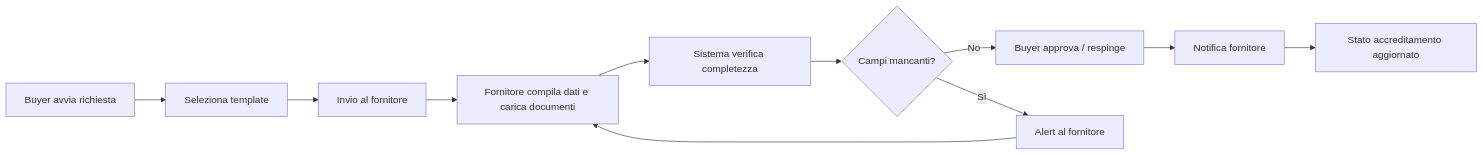
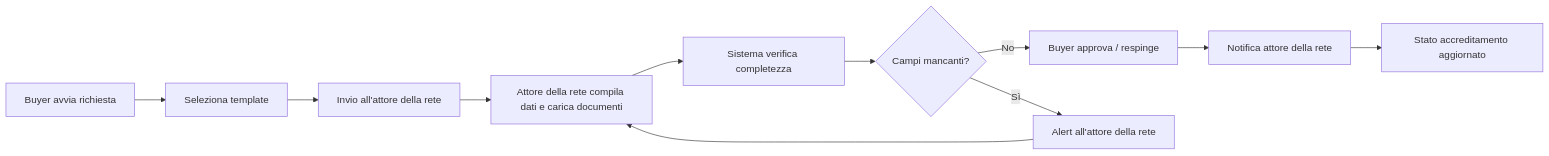
One commit to marcocastellani/supplerPortal changed the first of 4 diagrams in docs/02 - Diagrammi_Flussi_Gestione_Fornitori.md. Above: the diagram before and after it, drawn with Mermaid. The commit also changed other lines of this file and 4 other files, not shown here.

````diff
--- a/docs/02 - Diagrammi_Flussi_Gestione_Fornitori.md
+++ b/docs/02 - Diagrammi_Flussi_Gestione_Fornitori.md
@@ -6,13 +6,13 @@
 ```mermaid
 flowchart LR
     A[Buyer avvia richiesta] --> B[Seleziona template]
-    B --> C[Invio al fornitore]
-    C --> D[Fornitore compila dati e carica documenti]
+    B --> C[Invio all'attore della rete]
+    C --> D[Attore della rete compila dati e carica documenti]
     D --> E[Sistema verifica completezza]
     E --> F{Campi mancanti?}
     F -- No --> G[Buyer approva / respinge]
-    F -- Sì --> H[Alert al fornitore]
+    F -- Sì --> H[Alert all'attore della rete]
     H --> D
-    G --> I[Notifica fornitore]
+    G --> I[Notifica attore della rete]
     I --> J[Stato accreditamento aggiornato]
 ```
````
